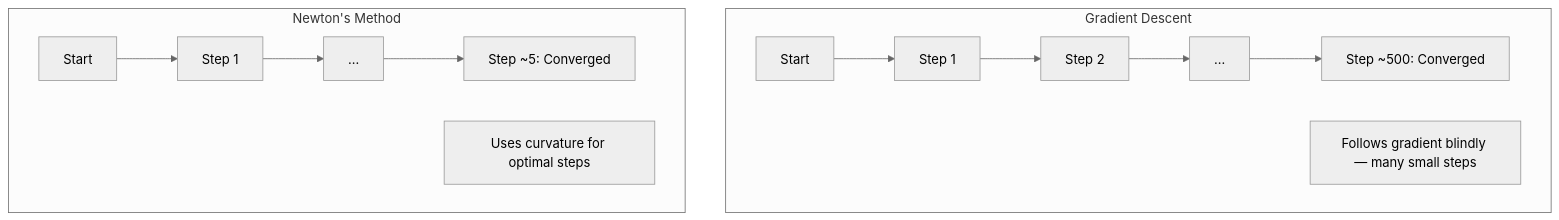
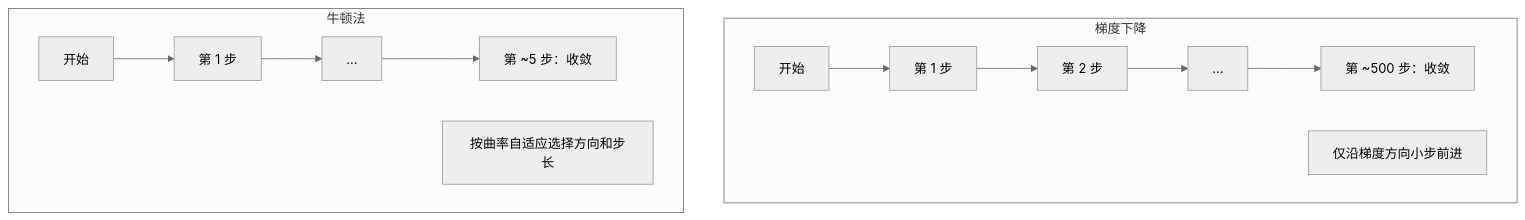
The second of 4 diagrams in phases/01-math-foundations/18-convex-optimization/docs/zh.md (omigaZen/ai-engineering-from-scratch), drawn with Mermaid (neutral theme) before and after one commit. The commit also changed other lines of this file, not shown here.

````diff
--- a/phases/01-math-foundations/18-convex-optimization/docs/zh.md
+++ b/phases/01-math-foundations/18-convex-optimization/docs/zh.md
@@ -175,16 +171,16 @@
 ```mermaid
 graph TD
-    subgraph "Gradient Descent"
-        GD1["Start"] --> GD2["Step 1"]
-        GD2 --> GD3["Step 2"]
+    subgraph "梯度下降"
+        GD1["开始"] --> GD2["第 1 步"]
+        GD2 --> GD3["第 2 步"]
         GD3 --> GD4["..."]
-        GD4 --> GD5["Step ~500: Converged"]
-        GD_note["Follows gradient blindly — many small steps"]
+        GD4 --> GD5["第 ~500 步：收敛"]
+        GD_note["仅沿梯度方向小步前进"]
     end
-    subgraph "Newton's Method"
-        NM1["Start"] --> NM2["Step 1"]
+    subgraph "牛顿法"
+        NM1["开始"] --> NM2["第 1 步"]
         NM2 --> NM3["..."]
-        NM3 --> NM4["Step ~5: Converged"]
-        NM_note["Uses curvature for optimal steps"]
+        NM3 --> NM4["第 ~5 步：收敛"]
+        NM_note["按曲率自适应选择方向和步长"]
     end
 ```
````
